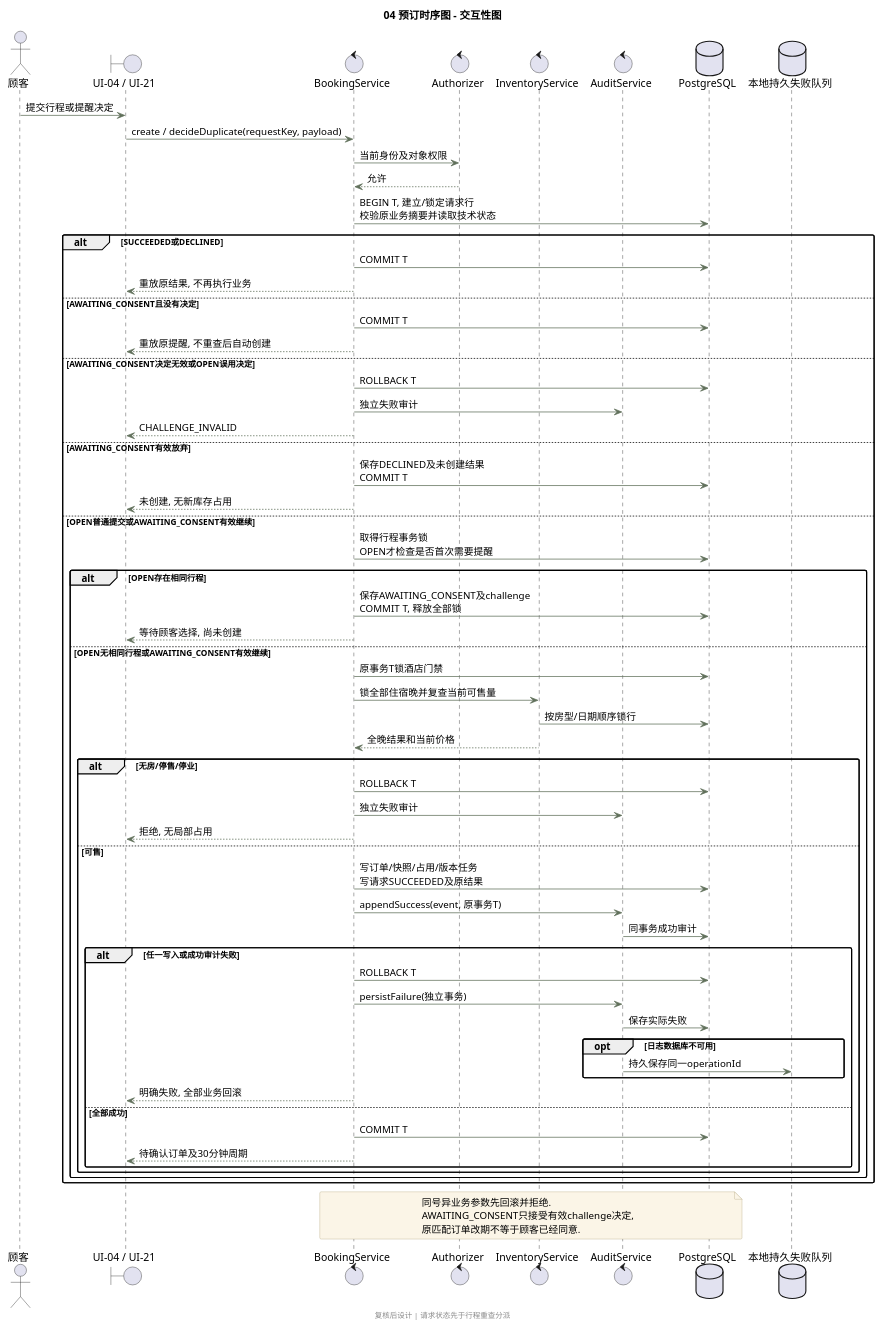
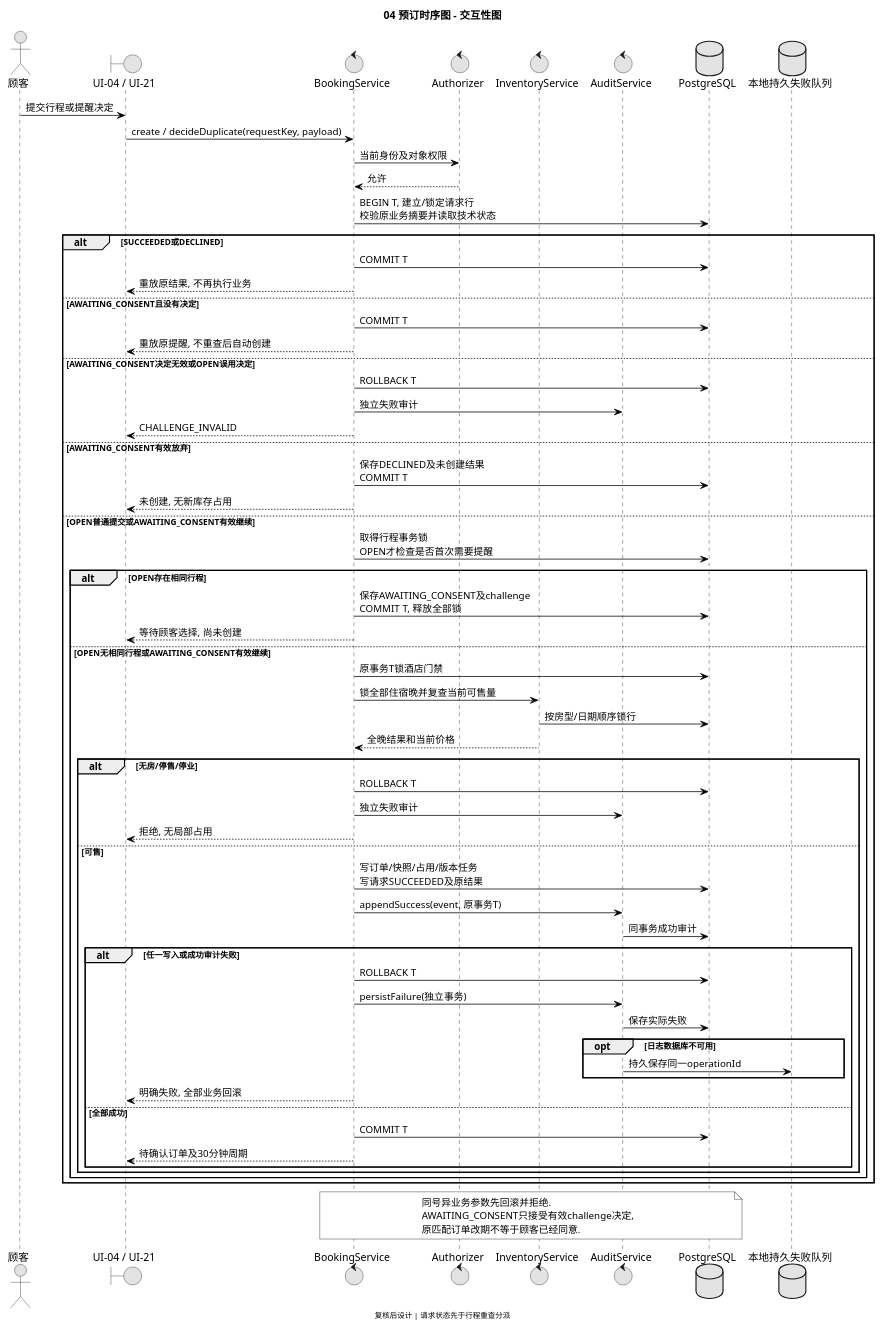
Before and after one commit to starwinks/se-lab1: the diagram in UML/04-预订时序图.puml, drawn with PlantUML. The commit also changed 44 other files, not shown here.

```diff
--- a/UML/04-预订时序图.puml
+++ b/UML/04-预订时序图.puml
@@ -1,83 +1,88 @@
 @startuml
-skinparam defaultFontName "Noto Sans SC"
+skinparam defaultFontName "Microsoft YaHei"
+skinparam defaultFontColor black
+skinparam titleFontColor black
+skinparam footerFontColor black
+skinparam ArrowFontColor black
 skinparam backgroundColor white
 skinparam shadowing false
-skinparam roundCorner 4
-skinparam ArrowColor #61705B
-skinparam LineColor #61705B
-skinparam classBackgroundColor #F4F5EC
-skinparam classBorderColor #68765F
-skinparam classHeaderBackgroundColor #E3E9DA
-skinparam componentBackgroundColor #F4F5EC
-skinparam componentBorderColor #68765F
-skinparam stateBackgroundColor #F4F5EC
-skinparam stateBorderColor #68765F
-skinparam noteBackgroundColor #FBF5E7
-skinparam noteBorderColor #B6AA85
+skinparam monochrome true
+skinparam roundCorner 0
+skinparam ArrowColor black
+skinparam LineColor black
+skinparam classBackgroundColor white
+skinparam classBorderColor black
+skinparam classHeaderBackgroundColor white
+skinparam componentBackgroundColor white
+skinparam componentBorderColor black
+skinparam stateBackgroundColor white
+skinparam stateBorderColor black
+skinparam noteBackgroundColor white
+skinparam noteBorderColor black
 title 04 预订时序图 - 交互性图
 footer 复核后设计 | 请求状态先于行程重查分派
 actor "顾客" as Customer
 boundary "UI-04 / UI-21" as UI
 control BookingService as Booking
 control Authorizer as Auth
 control InventoryService as Inventory
 control AuditService as Audit
 database PostgreSQL as DB
 database "本地持久失败队列" as Queue
 Customer -> UI : 提交行程或提醒决定
 UI -> Booking : create / decideDuplicate(requestKey, payload)
 Booking -> Auth : 当前身份及对象权限
 Auth --> Booking : 允许
 Booking -> DB : BEGIN T, 建立/锁定请求行\n校验原业务摘要并读取技术状态
 alt SUCCEEDED或DECLINED
   Booking -> DB : COMMIT T
   Booking --> UI : 重放原结果, 不再执行业务
 else AWAITING_CONSENT且没有决定
   Booking -> DB : COMMIT T
   Booking --> UI : 重放原提醒, 不重查后自动创建
 else AWAITING_CONSENT决定无效或OPEN误用决定
   Booking -> DB : ROLLBACK T
   Booking -> Audit : 独立失败审计
   Booking --> UI : CHALLENGE_INVALID
 else AWAITING_CONSENT有效放弃
   Booking -> DB : 保存DECLINED及未创建结果\nCOMMIT T
   Booking --> UI : 未创建, 无新库存占用
 else OPEN普通提交或AWAITING_CONSENT有效继续
   Booking -> DB : 取得行程事务锁\nOPEN才检查是否首次需要提醒
   alt OPEN存在相同行程
     Booking -> DB : 保存AWAITING_CONSENT及challenge\nCOMMIT T, 释放全部锁
     Booking --> UI : 等待顾客选择, 尚未创建
   else OPEN无相同行程或AWAITING_CONSENT有效继续
     Booking -> DB : 原事务T锁酒店门禁
     Booking -> Inventory : 锁全部住宿晚并复查当前可售量
     Inventory -> DB : 按房型/日期顺序锁行
     Inventory --> Booking : 全晚结果和当前价格
     alt 无房/停售/停业
       Booking -> DB : ROLLBACK T
       Booking -> Audit : 独立失败审计
       Booking --> UI : 拒绝, 无局部占用
     else 可售
       Booking -> DB : 写订单/快照/占用/版本任务\n写请求SUCCEEDED及原结果
       Booking -> Audit : appendSuccess(event, 原事务T)
       Audit -> DB : 同事务成功审计
       alt 任一写入或成功审计失败
         Booking -> DB : ROLLBACK T
         Booking -> Audit : persistFailure(独立事务)
         Audit -> DB : 保存实际失败
         opt 日志数据库不可用
           Audit -> Queue : 持久保存同一operationId
         end
         Booking --> UI : 明确失败, 全部业务回滚
       else 全部成功
         Booking -> DB : COMMIT T
         Booking --> UI : 待确认订单及30分钟周期
       end
     end
   end
 end
 note over Booking,DB
 同号异业务参数先回滚并拒绝.
 AWAITING_CONSENT只接受有效challenge决定,
 原匹配订单改期不等于顾客已经同意.
 end note
 @enduml
```
